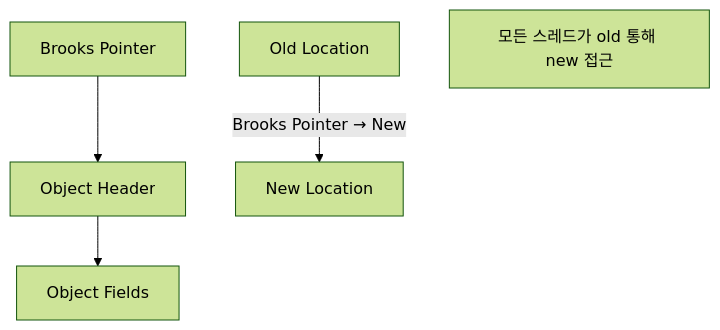
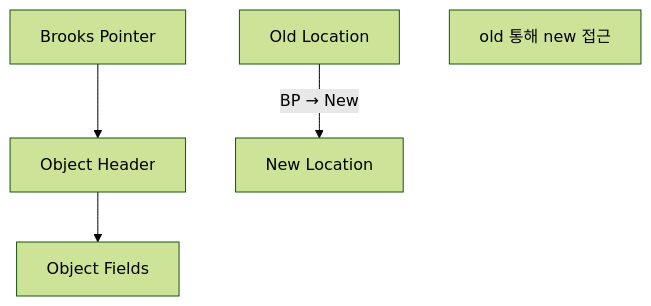
One commit to yjkim2015/yjkim2015.github.io changed diagram 19 of 29 in _posts/java/2026-05-01-java-garbage-collector.md. Above: the diagram before and after it, drawn with Mermaid (forest theme). The commit also changed other lines of this file and 48 other files, not shown here.

First line of the commit message:
Mermaid 최종 47건 수정: participant/노드/줄수/라벨 전부 기준 이하

````diff
--- a/_posts/java/2026-05-01-java-garbage-collector.md
+++ b/_posts/java/2026-05-01-java-garbage-collector.md
@@ -397,6 +394,6 @@
 ```mermaid
 graph TD
     BP["Brooks Pointer"] --> OH["Object Header"] --> OF["Object Fields"]
-    OLD["Old Location"] -->|"Brooks Pointer → New"| NEW["New Location"]
-    NOTE["모든 스레드가 old 통해 new 접근"]
+    OLD["Old Location"] -->|"BP → New"| NEW["New Location"]
+    NOTE["old 통해 new 접근"]
 ```
````
